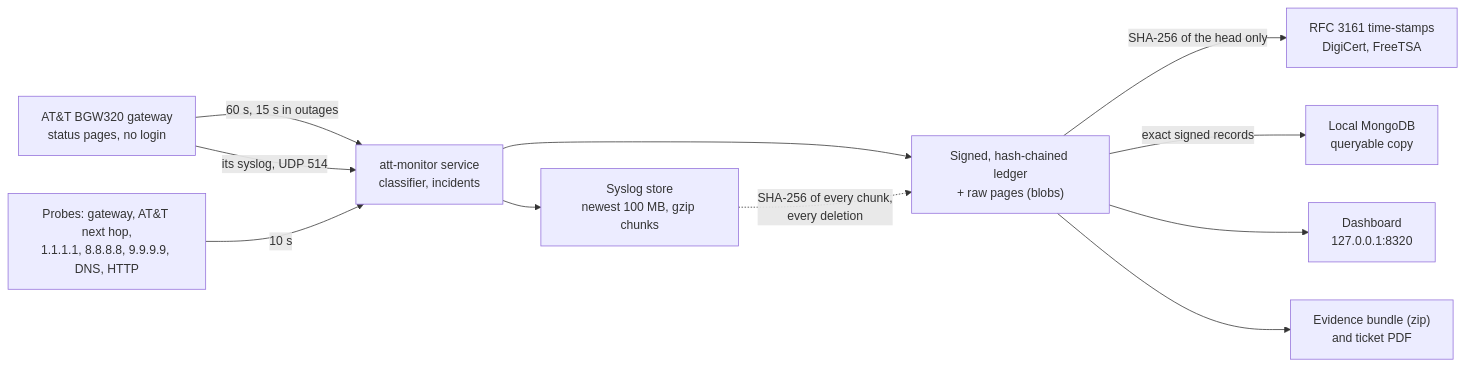
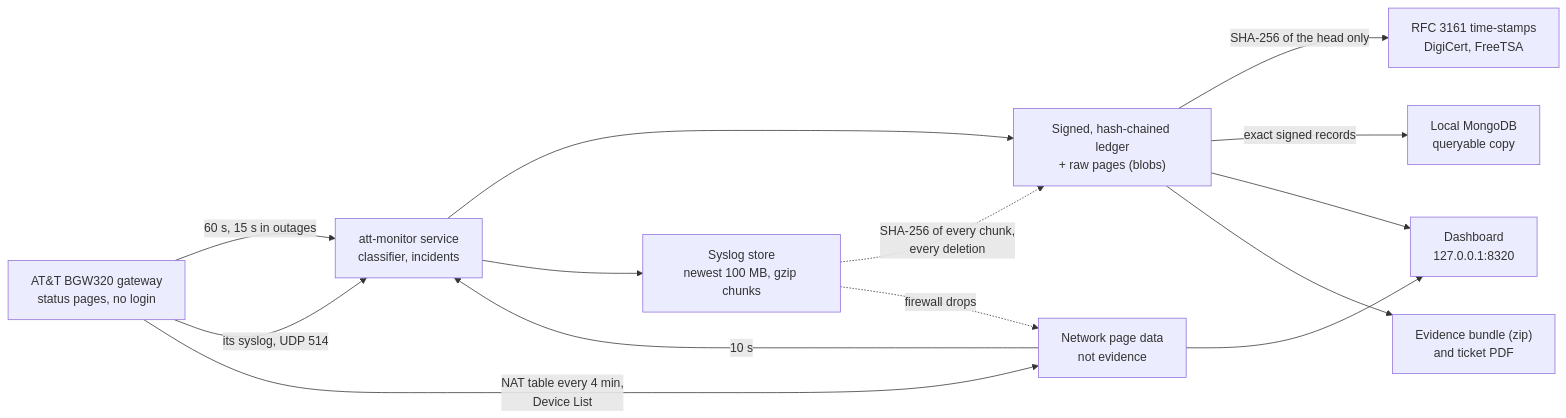
The diagram in README.md (siujacky/ATT_BW320_evidence_logger), drawn with Mermaid before and after one commit. The commit also changed other lines of this file and 161 other files, not shown here.

First line of the commit message:
Network page: which device talks to which site, and what the firewall blocks

````diff
--- a/README.md
+++ b/README.md
@@ -70,13 +73,16 @@
 ```mermaid
 flowchart LR
   GW["AT&T BGW320 gateway<br/>status pages, no login"] -->|60 s, 15 s in outages| MON
   GW -->|its syslog, UDP 514| MON
   NET["Probes: gateway, AT&T next hop,<br/>1.1.1.1, 8.8.8.8, 9.9.9.9, DNS, HTTP"] -->|10 s| MON
   MON["att-monitor service<br/>classifier, incidents"] --> LED["Signed, hash-chained ledger<br/>+ raw pages (blobs)"]
   MON --> SYS["Syslog store<br/>newest 100 MB, gzip chunks"]
   SYS -.->|SHA-256 of every chunk,<br/>every deletion| LED
   LED -->|SHA-256 of the head only| TSA["RFC 3161 time-stamps<br/>DigiCert, FreeTSA"]
   LED -->|exact signed records| MDB["Local MongoDB<br/>queryable copy"]
   LED --> WEB["Dashboard<br/>127.0.0.1:8320"]
   LED --> EXP["Evidence bundle (zip)<br/>and ticket PDF"]
+  GW -->|NAT table every 4 min,<br/>Device List| NET["Network page data<br/>not evidence"]
+  SYS -.->|firewall drops| NET
+  NET --> WEB
 ```
````
